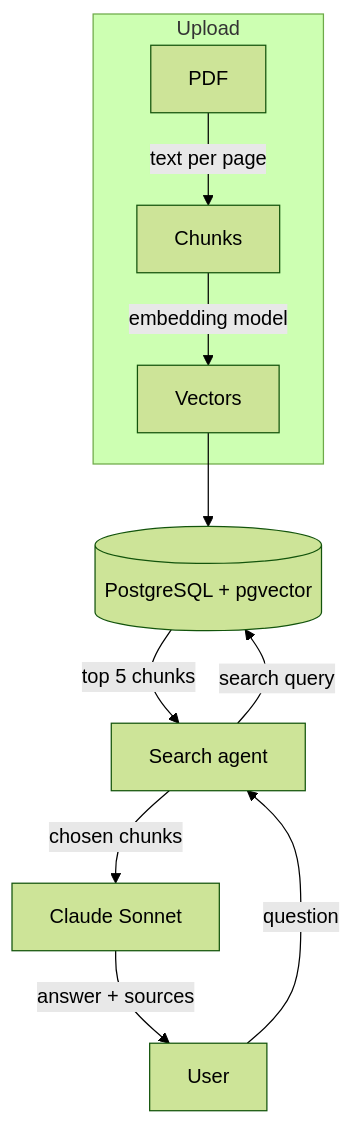
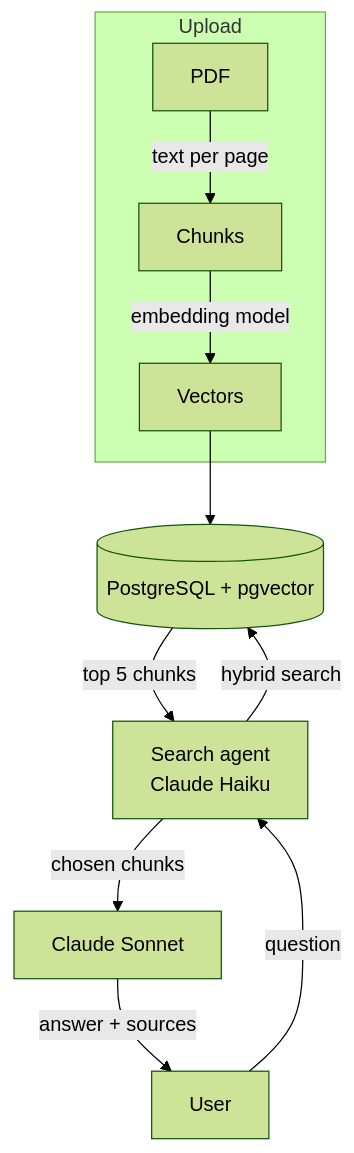
One commit to Avarg116/rag-study-tool changed the diagram in README.md. Above: the diagram before and after it, drawn with Mermaid (forest theme). The commit also changed other lines of this file, not shown here.

````diff
--- a/README.md
+++ b/README.md
@@ -15,14 +15,14 @@
 ```mermaid
 flowchart TD
     subgraph Upload
         PDF[PDF] -->|text per page| Chunks[Chunks]
         Chunks -->|embedding model| Vectors[Vectors]
     end
     Vectors --> DB[(PostgreSQL + pgvector)]
 
-    User[User] -->|question| Agent[Search agent]
-    Agent -->|search query| DB
+    User[User] -->|question| Agent[Search agent<br/>Claude Haiku]
+    Agent -->|hybrid search| DB
     DB -->|top 5 chunks| Agent
     Agent -->|chosen chunks| LLM[Claude Sonnet]
     LLM -->|answer + sources| User
 ```
````
